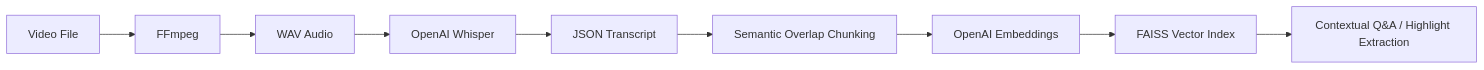
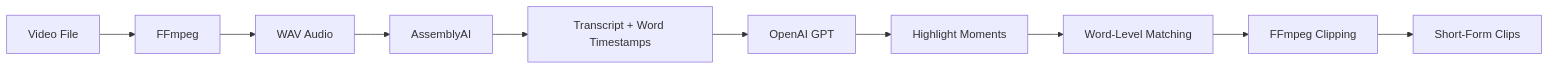
One commit to kjCodes2002/longform-to-shorts-v1 changed the diagram in README.md. Above: the diagram before and after it, drawn with Mermaid. The commit also changed other lines of this file, not shown here.

````diff
--- a/README.md
+++ b/README.md
@@ -16,11 +15,12 @@
 ```mermaid
 graph LR
     A[Video File] --> B[FFmpeg]
     B --> C[WAV Audio]
-    C --> D[OpenAI Whisper]
-    D --> E[JSON Transcript]
-    E --> F[Semantic Overlap Chunking]
-    F --> G[OpenAI Embeddings]
-    G --> H[FAISS Vector Index]
-    H --> I[Contextual Q&A / Highlight Extraction]
+    C --> D[AssemblyAI]
+    D --> E[Transcript + Word Timestamps]
+    E --> F[OpenAI GPT]
+    F --> G[Highlight Moments]
+    G --> H[Word-Level Matching]
+    H --> I[FFmpeg Clipping]
+    I --> J[Short-Form Clips]
 ```
````
